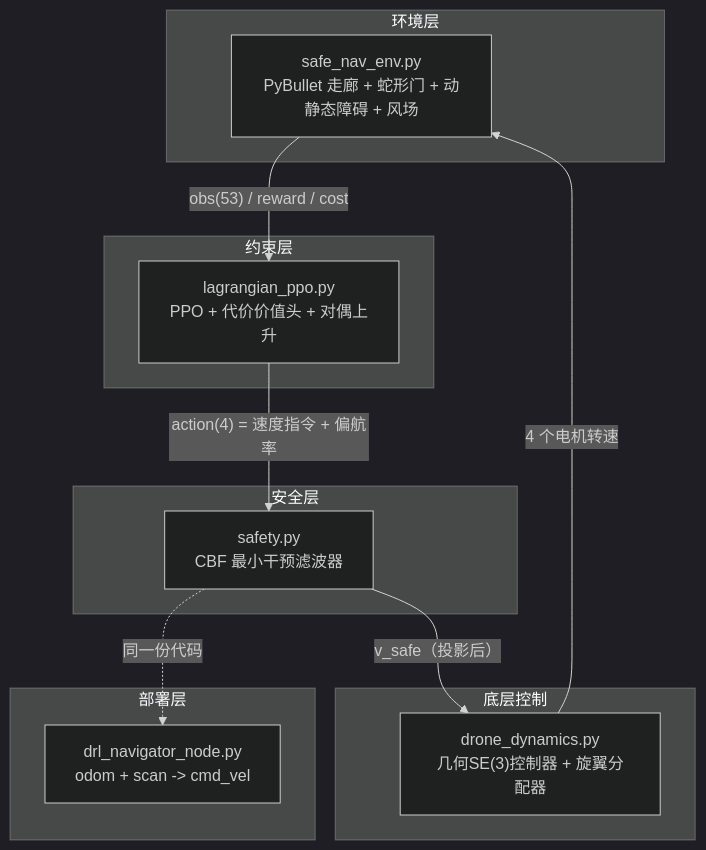
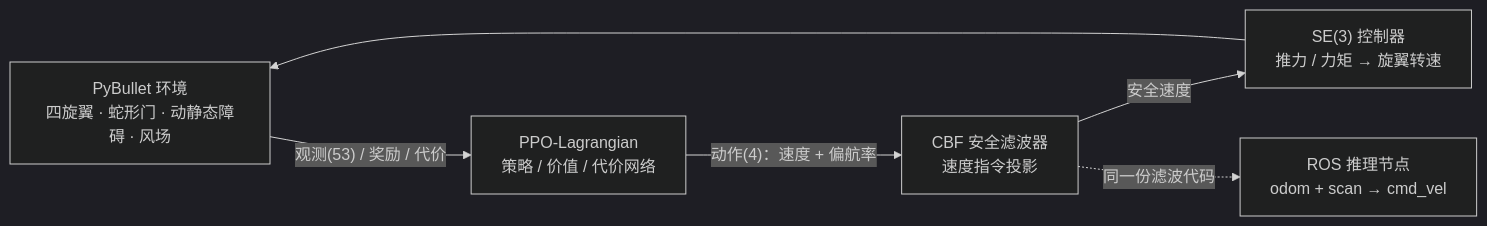
The diagram in docs/air/safedrl_drone_nav.md (OpenHUTB/ros2), drawn with Mermaid (dark theme) before and after one commit. The commit also changed other lines of this file, not shown here.

````diff
--- a/docs/air/safedrl_drone_nav.md
+++ b/docs/air/safedrl_drone_nav.md
@@ -37,23 +9,13 @@
 ```mermaid
-graph TB
-    subgraph 环境层
-        ENV["safe_nav_env.py<br/>PyBullet 走廊 + 蛇形门 + 动静态障碍 + 风场"]
-    end
-    subgraph 约束层
-        LP["lagrangian_ppo.py<br/>PPO + 代价价值头 + 对偶上升"]
-    end
-    subgraph 安全层
-        CBF["safety.py<br/>CBF 最小干预滤波器"]
-    end
-    subgraph 底层控制
-        CTRL["drone_dynamics.py<br/>几何SE(3)控制器 + 旋翼分配器"]
-    end
-    subgraph 部署层
-        ROS["drl_navigator_node.py<br/>odom + scan -> cmd_vel"]
-    end
-    ENV -- "obs(53) / reward / cost" --> LP
-    LP -- "action(4) = 速度指令 + 偏航率" --> CBF
-    CBF -- "v_safe（投影后）" --> CTRL
-    CTRL -- "4 个电机转速" --> ENV
-    CBF -. "同一份代码" .-> ROS
+graph LR
+    ENV["PyBullet 环境<br/>四旋翼 · 蛇形门 · 动静态障碍 · 风场"]
+    PPO["PPO-Lagrangian<br/>策略 / 价值 / 代价网络"]
+    CBF["CBF 安全滤波器<br/>速度指令投影"]
+    CTRL["SE(3) 控制器<br/>推力 / 力矩 → 旋翼转速"]
+    ROS["ROS 推理节点<br/>odom + scan → cmd_vel"]
+    ENV -- "观测(53) / 奖励 / 代价" --> PPO
+    PPO -- "动作(4)：速度 + 偏航率" --> CBF
+    CBF -- "安全速度" --> CTRL
+    CTRL --> ENV
+    CBF -. "同一份滤波代码" .-> ROS
 ```
````
